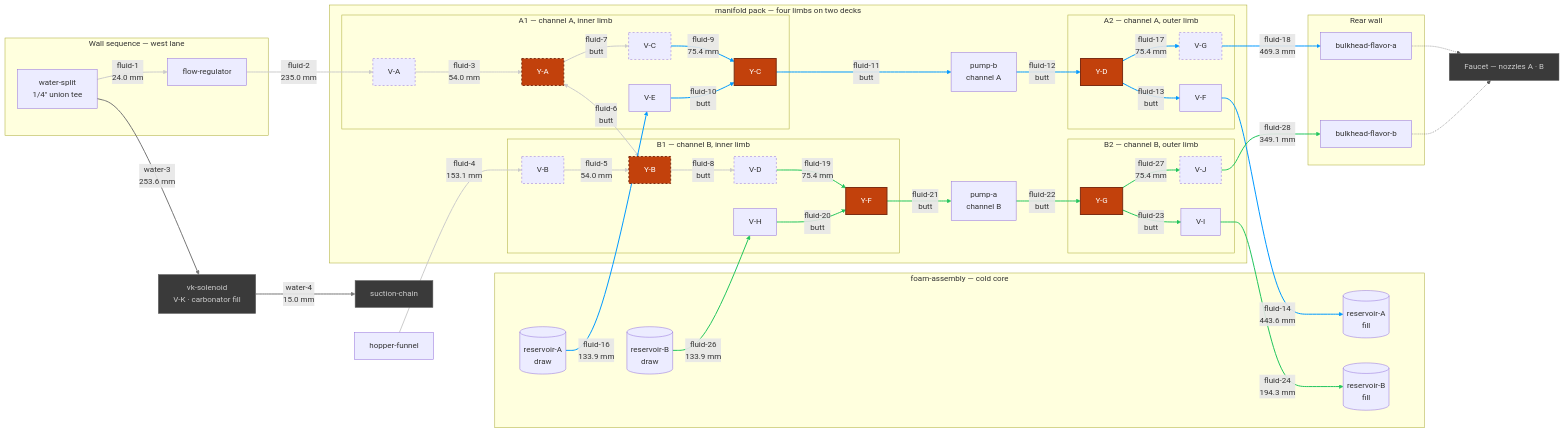
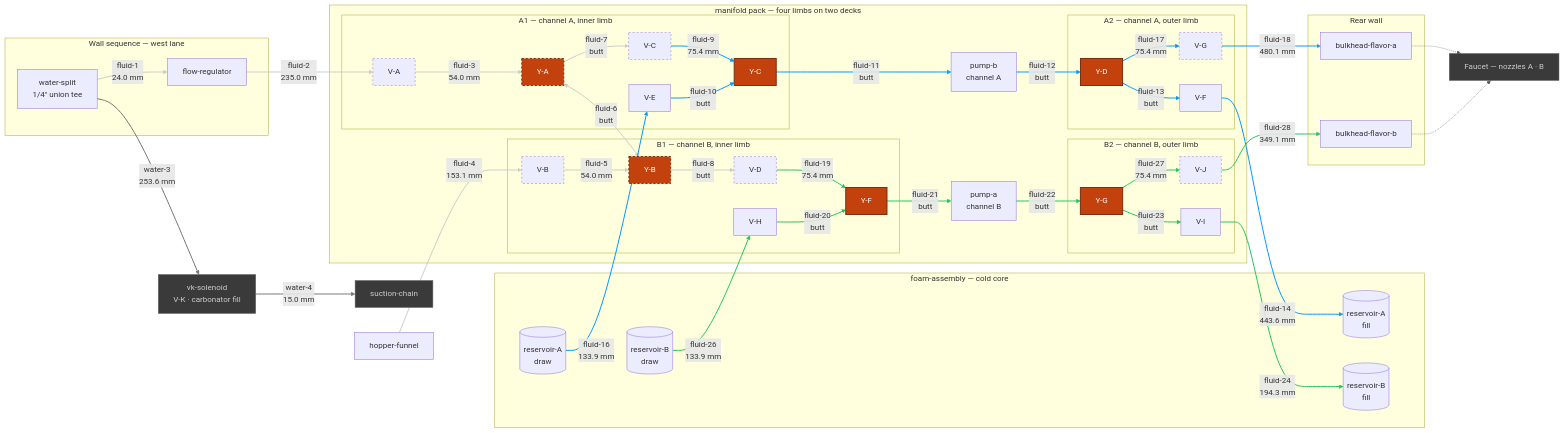
Before and after one commit to derekbreden/homesodamachine: the diagram in hardware/topology/fluid-topology-manifold.mmd, drawn with Mermaid. The commit also changed 6 other files, not shown here.

```diff
--- a/hardware/topology/fluid-topology-manifold.mmd
+++ b/hardware/topology/fluid-topology-manifold.mmd
@@ -14,8 +14,8 @@
   %% [26](SEGMENT_COUNT) flavor segments. [11](BUTT_COUNT) are collet butted to collet and carry
   %% no tube at all; [9](DRAWN_COUNT) are swept runs between placed bodies; the rest are the
   %% hinge's four hairpins and the source pair's two quarter-and-step turns. What is cut comes to
-  %% [2545.8 mm](FLUID_TOTAL) of 1/4" LLDPE over [39](FLUID_BENDS) corners, and the longest is
-  %% [fluid-18](LONGEST_ID) at [469.3 mm](LONGEST_LEN). [0](OPEN_COUNT) are mouths with nothing
+  %% [2556.6 mm](FLUID_TOTAL) of 1/4" LLDPE over [40](FLUID_BENDS) corners, and the longest is
+  %% [fluid-18](LONGEST_ID) at [480.1 mm](LONGEST_LEN). [0](OPEN_COUNT) are mouths with nothing
   %% on the far end of them: EVERY FLAVOR SEGMENT IN THIS CHART IS MADE. The hopper's gravity
   %% drain is drawn like the rest — the funnel is seated in the box rather than placed in the
   %% pack, so `fluid-4` is authored after the box exists, off the same frames.
@@ -138,7 +138,7 @@
   VF -->|"fluid-14<br/>443.6 mm"| ResAFill
   ResA -->|"fluid-16<br/>133.9 mm"| VE
   YD -->|"fluid-17<br/>75.4 mm"| VG
-  VG -->|"fluid-18<br/>469.3 mm"| BhA
+  VG -->|"fluid-18<br/>480.1 mm"| BhA
 
   %% =========================
   %% Channel B — fluid-19 … fluid-28
```
